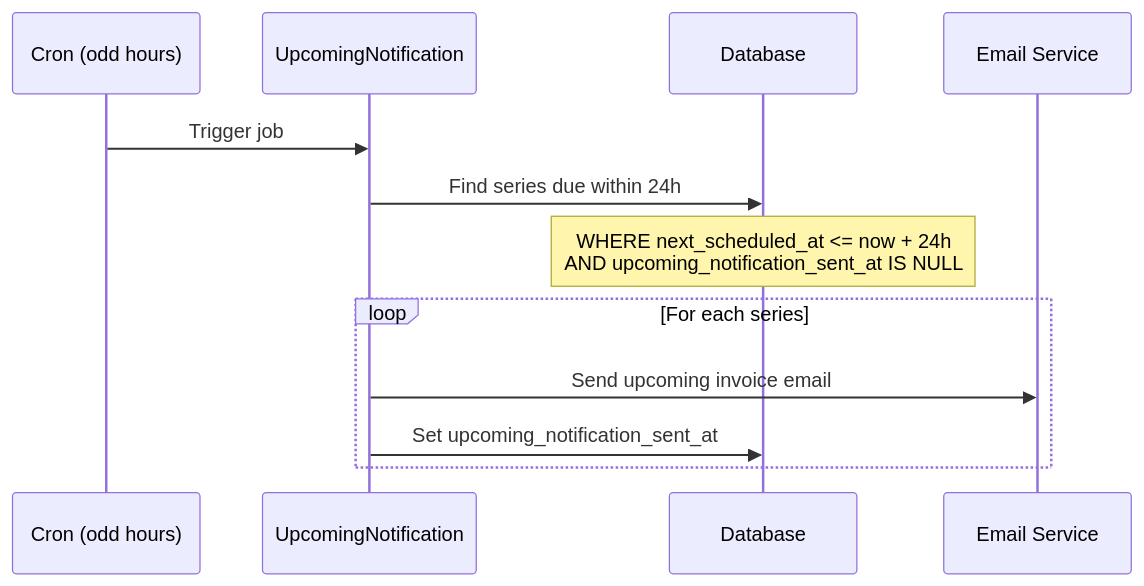
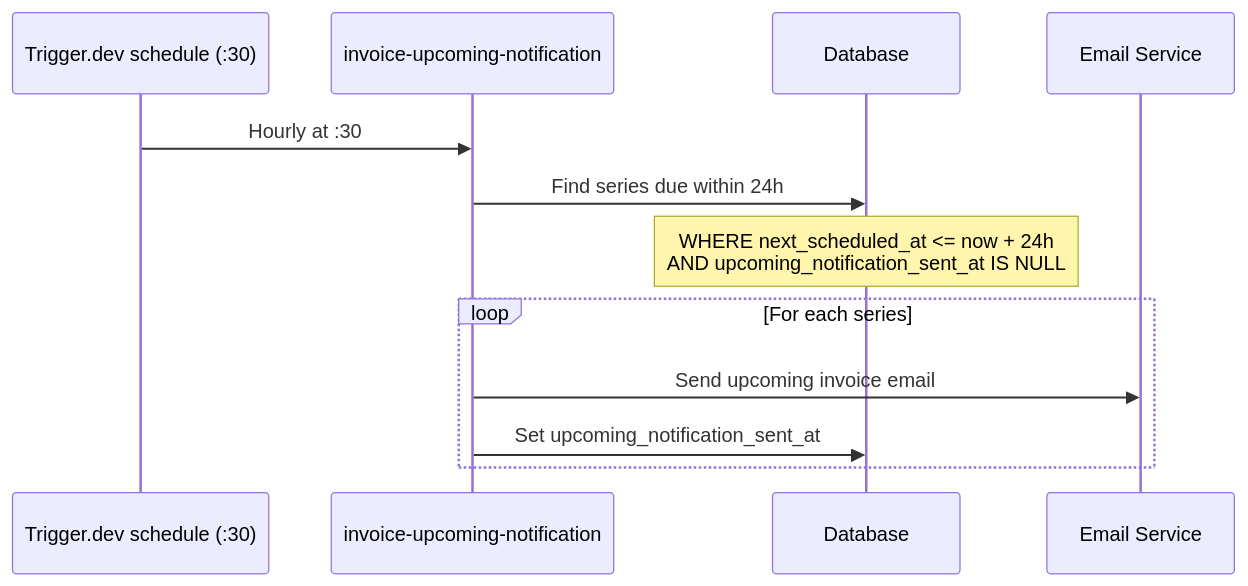
One commit to FredflixBE/midday changed the sixth of 6 diagrams in docs/invoice-recurring.md. Above: the diagram before and after it, drawn with Mermaid. The commit also changed other lines of this file and 3 other files, not shown here.

````diff
--- a/docs/invoice-recurring.md
+++ b/docs/invoice-recurring.md
@@ -272,16 +274,16 @@
 ```mermaid
 sequenceDiagram
-    participant Cron as Cron (odd hours)
-    participant Worker as UpcomingNotification
+    participant Cron as Trigger.dev schedule (:30)
+    participant Task as invoice-upcoming-notification
     participant DB as Database
     participant Email as Email Service
     
-    Cron->>Worker: Trigger job
-    Worker->>DB: Find series due within 24h
+    Cron->>Task: Hourly at :30
+    Task->>DB: Find series due within 24h
     Note over DB: WHERE next_scheduled_at <= now + 24h<br/>AND upcoming_notification_sent_at IS NULL
     
     loop For each series
-        Worker->>Email: Send upcoming invoice email
-        Worker->>DB: Set upcoming_notification_sent_at
+        Task->>Email: Send upcoming invoice email
+        Task->>DB: Set upcoming_notification_sent_at
     end
 ```
````
